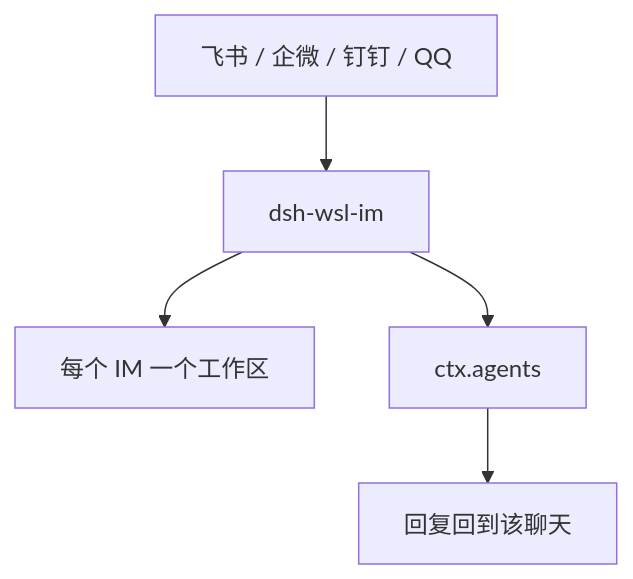
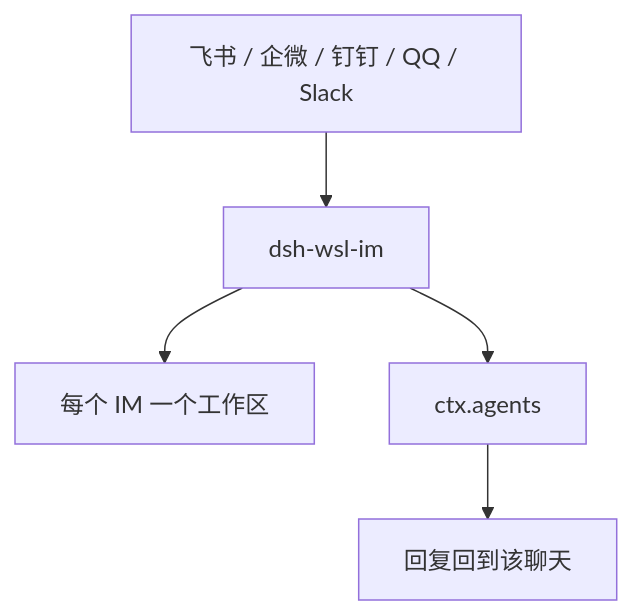
One commit to 173787247/dsh-wsl-im changed the diagram in README.zh.md. Above: the diagram before and after it, drawn with Mermaid. The commit also changed other lines of this file and 14 other files, not shown here.

````diff
--- a/README.zh.md
+++ b/README.zh.md
@@ -14,7 +14,7 @@
 ```mermaid
 flowchart TB
-  chats["飞书 / 企微 / 钉钉 / QQ"] --> im["dsh-wsl-im"]
+  chats["飞书 / 企微 / 钉钉 / QQ / Slack"] --> im["dsh-wsl-im"]
   im --> ws["每个 IM 一个工作区"]
   im --> agents["ctx.agents"]
   agents --> reply["回复回到该聊天"]
 ```
````
